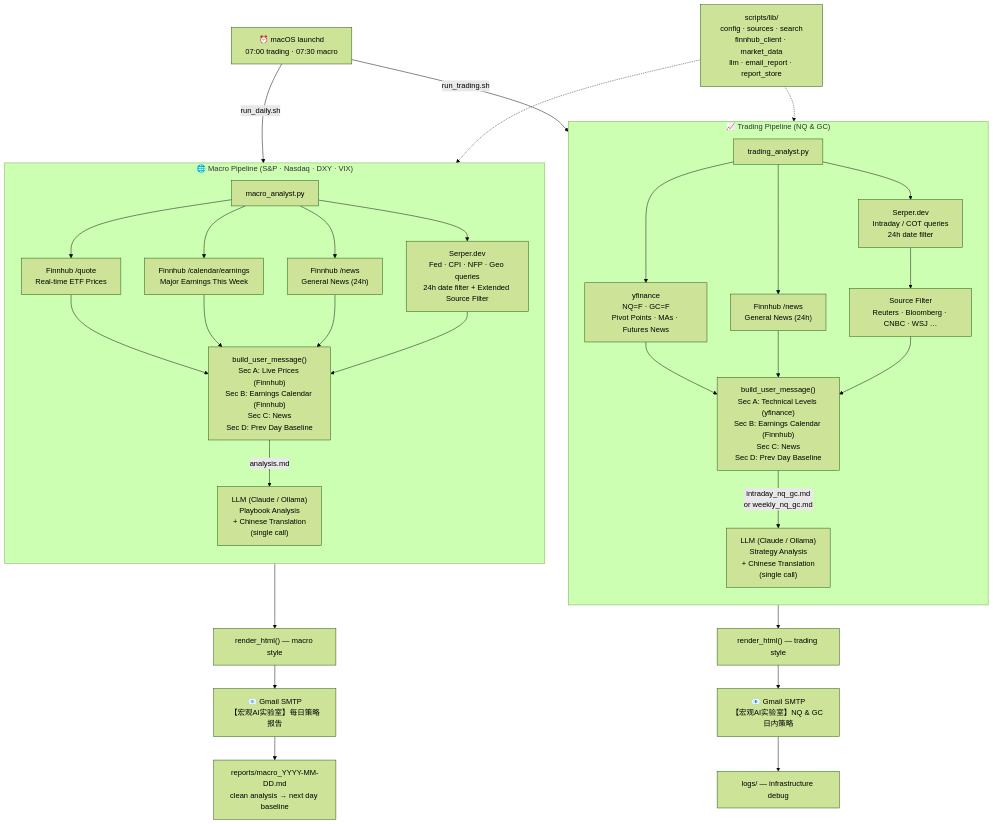
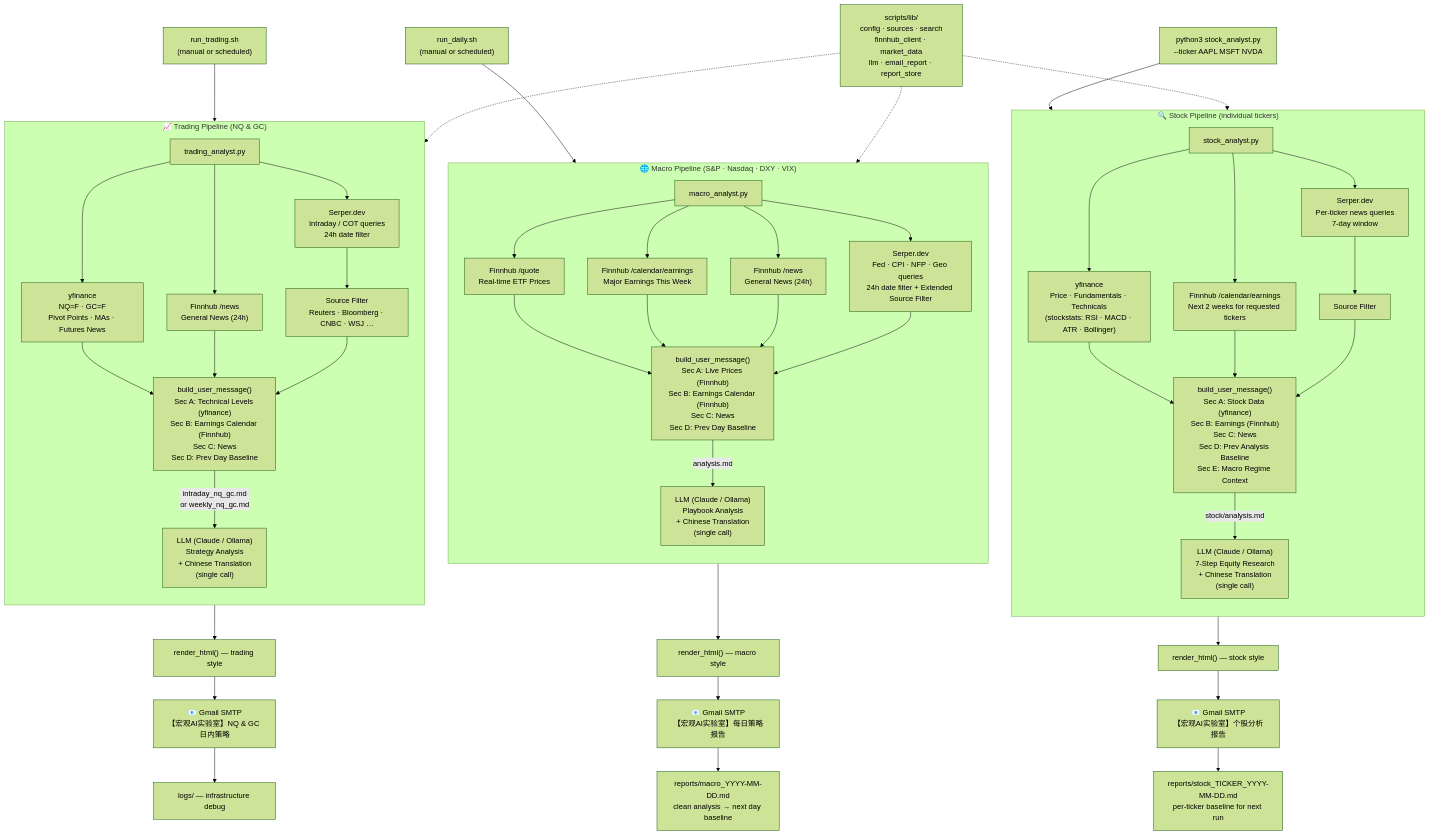
The diagram in README.md (raymondhe0/Macro_AI_Lab), drawn with Mermaid (forest theme) before and after one commit. The commit also changed other lines of this file and 14 other files, not shown here.

First line of the commit message:
feat: Add individual stock research pipeline and richer technicals

````diff
--- a/README.md
+++ b/README.md
@@ -87,44 +88,64 @@
 ```mermaid
 flowchart TD
-    %% ── Scheduling ──────────────────────────────────────────
-    LAUNCHD["⏰ macOS launchd<br/>07:00 trading · 07:30 macro"]
+    %% ── Entry points ─────────────────────────────────────────
+    RUN_T["run_trading.sh<br/>(manual or scheduled)"]
+    RUN_M["run_daily.sh<br/>(manual or scheduled)"]
 
-    LAUNCHD -->|"run_trading.sh"| TA["trading_analyst.py"]
-    LAUNCHD -->|"run_daily.sh"| MA["macro_analyst.py"]
+    RUN_T --> TA["trading_analyst.py"]
+    RUN_M --> MA["macro_analyst.py"]
+
+    %% ── Stock pipeline entry ────────────────────────────────
+    RUN_S["python3 stock_analyst.py<br/>--ticker AAPL MSFT NVDA"]
+    RUN_S --> SA["stock_analyst.py"]
 
     %% ── Shared lib ─────────────────────────────────────────
     LIB["scripts/lib/<br/>config · sources · search<br/>finnhub_client · market_data<br/>llm · email_report · report_store"]
 
     %% ── TRADING PIPELINE ────────────────────────────────────
     subgraph TRADING ["📈 Trading Pipeline  (NQ & GC)"]
         direction TB
         TA --> YF["yfinance<br/>NQ=F · GC=F<br/>Pivot Points · MAs · Futures News"]
         TA --> FH_T["Finnhub /news<br/>General News (24h)"]
         TA --> SF["Serper.dev<br/>Intraday / COT queries<br/>24h date filter"]
         SF --> FILT["Source Filter<br/>Reuters · Bloomberg · CNBC · WSJ …"]
         YF & FH_T & FILT --> MSG_T["build_user_message()<br/>Sec A: Technical Levels (yfinance)<br/>Sec B: Earnings Calendar (Finnhub)<br/>Sec C: News<br/>Sec D: Prev Day Baseline"]
         MSG_T -->|"intraday_nq_gc.md<br/>or weekly_nq_gc.md"| LLM_T["LLM (Claude / Ollama)<br/>Strategy Analysis<br/>+ Chinese Translation<br/>(single call)"]
     end
 
     %% ── MACRO PIPELINE ──────────────────────────────────────
     subgraph MACRO ["🌐 Macro Pipeline  (S&P · Nasdaq · DXY · VIX)"]
         direction TB
         MA --> FH_MA["Finnhub /quote<br/>Real-time ETF Prices"]
         MA --> FH_MB["Finnhub /calendar/earnings<br/>Major Earnings This Week"]
         MA --> FH_MC["Finnhub /news<br/>General News (24h)"]
         MA --> SS["Serper.dev<br/>Fed · CPI · NFP · Geo queries<br/>24h date filter + Extended Source Filter"]
         FH_MA & FH_MB & FH_MC & SS --> MSG_M["build_user_message()<br/>Sec A: Live Prices (Finnhub)<br/>Sec B: Earnings Calendar (Finnhub)<br/>Sec C: News<br/>Sec D: Prev Day Baseline"]
         MSG_M -->|"analysis.md"| LLM_M["LLM (Claude / Ollama)<br/>Playbook Analysis<br/>+ Chinese Translation<br/>(single call)"]
     end
 
+    %% ── STOCK PIPELINE ──────────────────────────────────────
+    subgraph STOCK ["🔍 Stock Pipeline  (individual tickers)"]
+        direction TB
+        SA --> YF_S["yfinance<br/>Price · Fundamentals · Technicals<br/>(stockstats: RSI · MACD · ATR · Bollinger)"]
+        SA --> FH_S["Finnhub /calendar/earnings<br/>Next 2 weeks for requested tickers"]
+        SA --> SF_S["Serper.dev<br/>Per-ticker news queries<br/>7-day window"]
+        SF_S --> FILT_S["Source Filter"]
+        YF_S & FH_S & FILT_S --> MSG_S["build_user_message()<br/>Sec A: Stock Data (yfinance)<br/>Sec B: Earnings (Finnhub)<br/>Sec C: News<br/>Sec D: Prev Analysis Baseline<br/>Sec E: Macro Regime Context"]
+        MSG_S -->|"stock/analysis.md"| LLM_S["LLM (Claude / Ollama)<br/>7-Step Equity Research<br/>+ Chinese Translation<br/>(single call)"]
+    end
+
     LIB -.-> TRADING
     LIB -.-> MACRO
+    LIB -.-> STOCK
 
     %% ── Output ──────────────────────────────────────────────
     LLM_T --> HTML_T["render_html() — trading style"]
     LLM_M --> HTML_M["render_html() — macro style"]
+    LLM_S --> HTML_S["render_html() — stock style"]
     HTML_T --> EMAIL_T["📧 Gmail SMTP<br/>【宏观AI实验室】NQ & GC 日内策略"]
     HTML_M --> EMAIL_M["📧 Gmail SMTP<br/>【宏观AI实验室】每日策略报告"]
+    HTML_S --> EMAIL_S["📧 Gmail SMTP<br/>【宏观AI实验室】个股分析报告"]
     EMAIL_T --> LOG_T["logs/ — infrastructure debug"]
     EMAIL_M --> RPT["reports/macro_YYYY-MM-DD.md<br/>clean analysis → next day baseline"]
+    EMAIL_S --> RPT_S["reports/stock_TICKER_YYYY-MM-DD.md<br/>per-ticker baseline for next run"]
 ```
````
